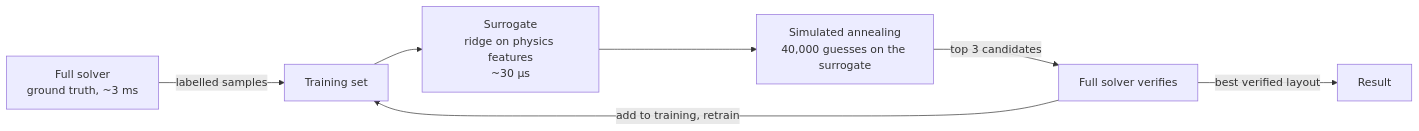
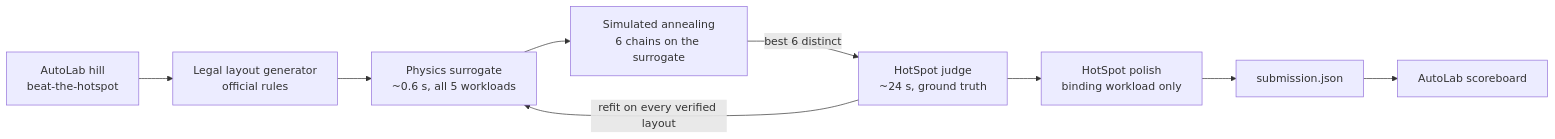
The diagram in README.md (wilsonwu-ai/sundai-hack-145), drawn with Mermaid before and after one commit. The commit also changed other lines of this file and 20 other files, not shown here.

Commit message:
Final numbers, README and card for the official spec, HotSpot-verified badge in the app, remove stale assets

````diff
--- a/README.md
+++ b/README.md
@@ -28,9 +32,10 @@
 ```mermaid
 flowchart LR
-  S["Full solver<br/>ground truth, ~3 ms"] -->|"labelled samples"| T["Training set"]
-  T --> M["Surrogate<br/>ridge on physics features<br/>~30 µs"]
-  M --> A["Simulated annealing<br/>40,000 guesses on the surrogate"]
-  A -->|"top 3 candidates"| V["Full solver verifies"]
-  V -->|"add to training, retrain"| T
-  V -->|"best verified layout"| R["Result"]
+  A["AutoLab hill<br/>beat-the-hotspot"] --> B["Legal layout generator<br/>official rules"]
+  B --> C["Physics surrogate<br/>~0.6 s, all 5 workloads"]
+  C --> D["Simulated annealing<br/>6 chains on the surrogate"]
+  D -->|"best 6 distinct"| E["HotSpot judge<br/>~24 s, ground truth"]
+  E -->|"refit on every verified layout"| C
+  E --> F["HotSpot polish<br/>binding workload only"]
+  F --> G["submission.json"] --> H["AutoLab scoreboard"]
 ```
````
